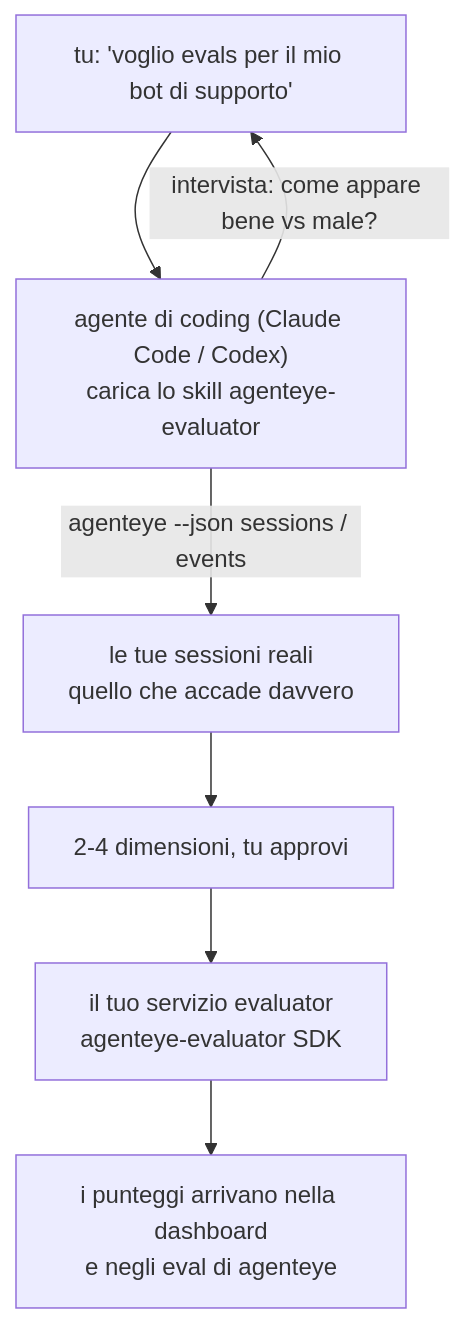
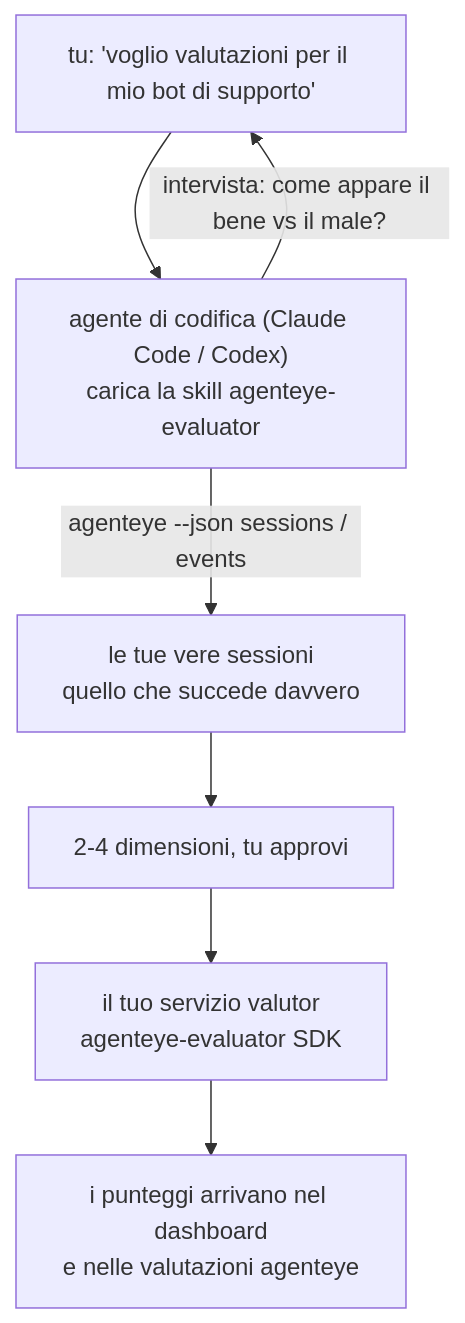
Before and after one commit to FailproofAI/failproofai: the diagram in docs/it/agenteye/evaluator-skill.mdx, drawn with Mermaid. The commit also changed other lines of this file and 649 other files, not shown here.

````diff
--- a/docs/it/agenteye/evaluator-skill.mdx
+++ b/docs/it/agenteye/evaluator-skill.mdx
@@ -21,9 +21,9 @@
 ```mermaid
 flowchart TD
-    YOU["tu: 'voglio evals per il mio bot di supporto'"] --> AGENT["agente di coding (Claude Code / Codex)<br/>carica lo skill agenteye-evaluator"]
-    AGENT -->|"intervista: come appare bene vs male?"| YOU
-    AGENT -->|"agenteye --json sessions / events"| DATA["le tue sessioni reali<br/>quello che accade davvero"]
+    YOU["tu: 'voglio valutazioni per il mio bot di supporto'"] --> AGENT["agente di codifica (Claude Code / Codex)<br/>carica la skill agenteye-evaluator"]
+    AGENT -->|"intervista: come appare il bene vs il male?"| YOU
+    AGENT -->|"agenteye --json sessions / events"| DATA["le tue vere sessioni<br/>quello che succede davvero"]
     DATA --> DIMS["2-4 dimensioni, tu approvi"]
-    DIMS --> SVC["il tuo servizio evaluator<br/>agenteye-evaluator SDK"]
-    SVC --> SCORES["i punteggi arrivano nella dashboard<br/>e negli eval di agenteye"]
+    DIMS --> SVC["il tuo servizio valutor<br/>agenteye-evaluator SDK"]
+    SVC --> SCORES["i punteggi arrivano nel dashboard<br/>e nelle valutazioni agenteye"]
 ```
````
